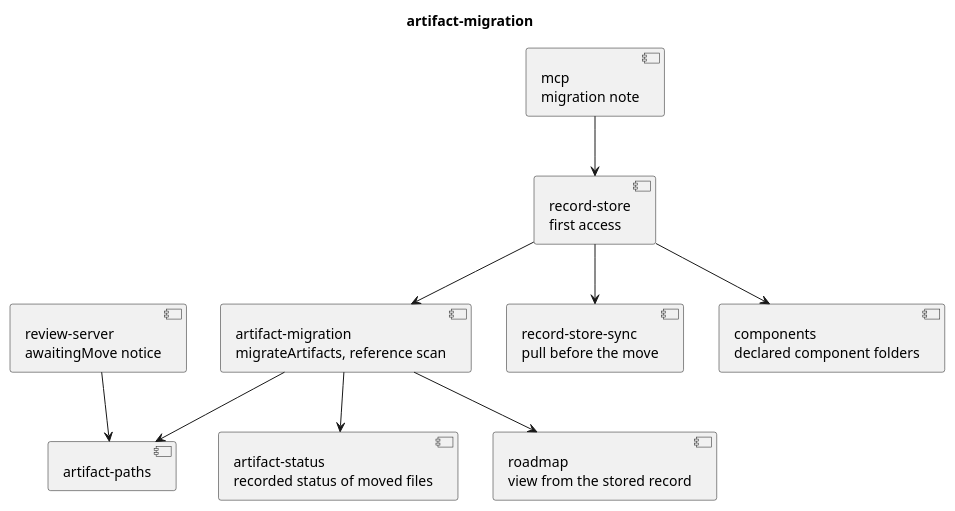
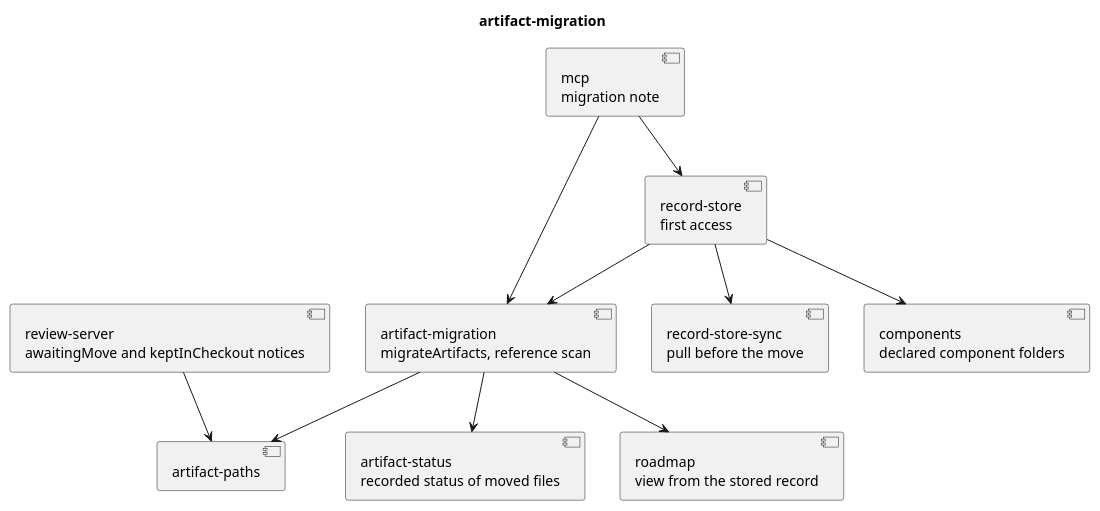
Before and after one commit to RumyantsevMichael/Prism: the diagram in docs/plans/workspace-artifacts/artifact-migration/code.puml, drawn with PlantUML. The commit also changed 3 other files, not shown here.

```diff
--- a/docs/plans/workspace-artifacts/artifact-migration/code.puml
+++ b/docs/plans/workspace-artifacts/artifact-migration/code.puml
@@ -1,22 +1,23 @@
 @startuml
 title artifact-migration
 
 component "record-store\nfirst access" as store
 component "artifact-migration\nmigrateArtifacts, reference scan" as migration
 component "artifact-paths" as paths
 component "artifact-status\nrecorded status of moved files" as status
 component "mcp\nmigration note" as mcp
 component "roadmap\nview from the stored record" as roadmap
-component "review-server\nawaitingMove notice" as review
+component "review-server\nawaitingMove and keptInCheckout notices" as review
 component "record-store-sync\npull before the move" as sync
 component "components\ndeclared component folders" as components
 
 store --> migration
 migration --> paths
 migration --> status
 migration --> roadmap
 store --> sync
 store --> components
 mcp --> store
+mcp --> migration
 review --> paths
 @enduml
```
